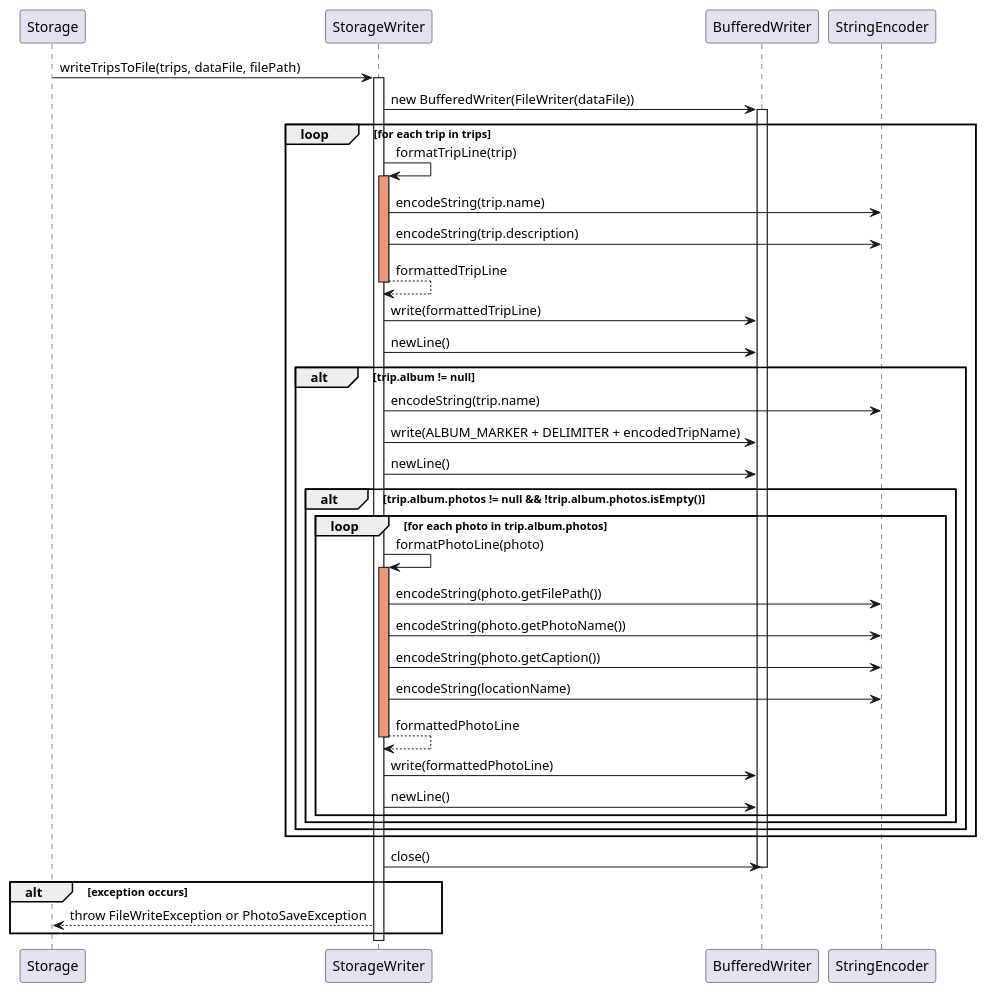
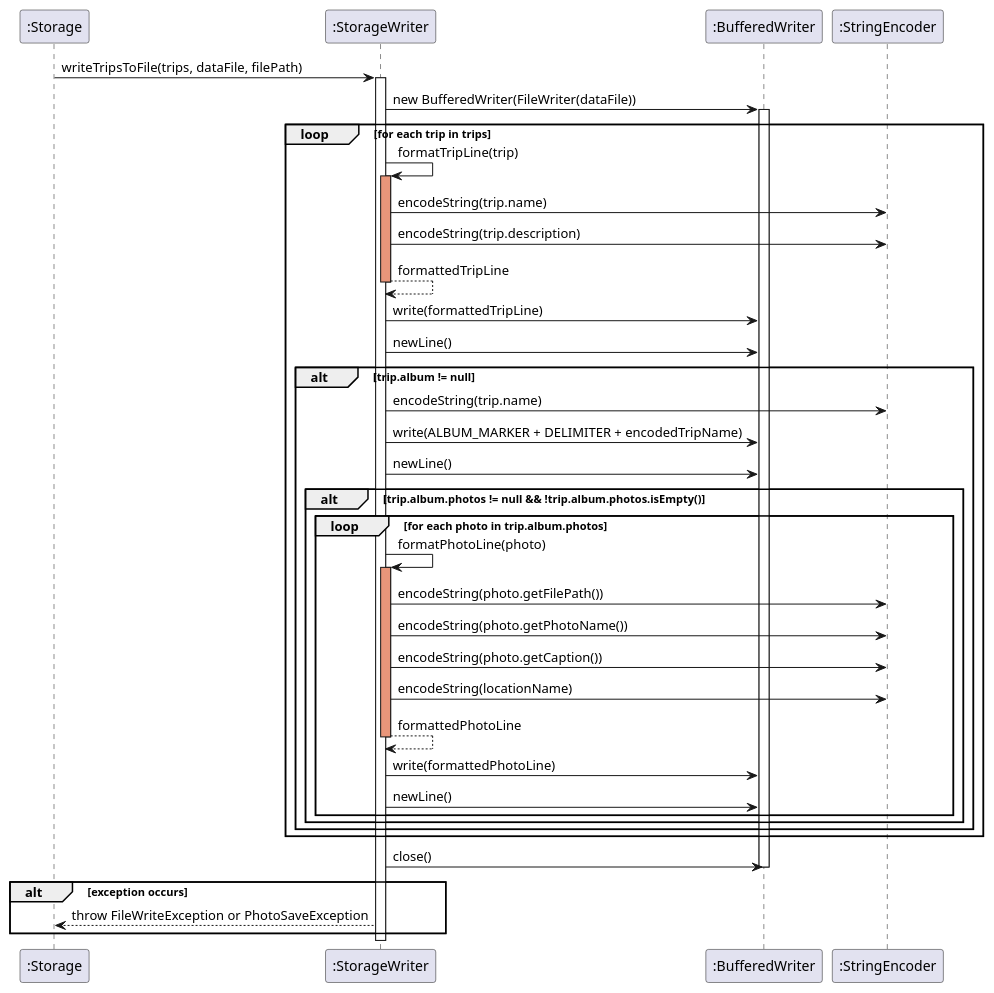
The diagram in docs/puml_files/StorageWriter.puml (ojassurana/tp), drawn with PlantUML before and after one commit. The commit also changed 2 other files, not shown here.

Commit message:
Add colon to sequence diagram

```diff
--- a/docs/puml_files/StorageWriter.puml
+++ b/docs/puml_files/StorageWriter.puml
@@ -1,59 +1,59 @@
 @startuml
-participant Storage
-participant StorageWriter
-participant BufferedWriter
-participant StringEncoder
+participant ":Storage" as Storage
+participant ":StorageWriter" as StorageWriter
+participant ":BufferedWriter" as BufferedWriter
+participant ":StringEncoder" as StringEncoder
 
 Storage -> StorageWriter : writeTripsToFile(trips, dataFile, filePath)
 activate StorageWriter
 
 StorageWriter -> BufferedWriter : new BufferedWriter(FileWriter(dataFile))
 activate BufferedWriter
 
 loop for each trip in trips
     StorageWriter -> StorageWriter : formatTripLine(trip)
     activate StorageWriter #DarkSalmon
 
     StorageWriter -> StringEncoder : encodeString(trip.name)
     StorageWriter -> StringEncoder : encodeString(trip.description)
 
     StorageWriter --> StorageWriter : formattedTripLine
     deactivate StorageWriter
 
     StorageWriter -> BufferedWriter : write(formattedTripLine)
     StorageWriter -> BufferedWriter : newLine()
 
     alt trip.album != null
         StorageWriter -> StringEncoder : encodeString(trip.name)
         StorageWriter -> BufferedWriter : write(ALBUM_MARKER + DELIMITER + encodedTripName)
         StorageWriter -> BufferedWriter : newLine()
 
         alt trip.album.photos != null && !trip.album.photos.isEmpty()
             loop for each photo in trip.album.photos
                 StorageWriter -> StorageWriter : formatPhotoLine(photo)
                 activate StorageWriter #DarkSalmon
 
                 StorageWriter -> StringEncoder : encodeString(photo.getFilePath())
                 StorageWriter -> StringEncoder : encodeString(photo.getPhotoName())
                 StorageWriter -> StringEncoder : encodeString(photo.getCaption())
                 StorageWriter -> StringEncoder : encodeString(locationName)
 
                 StorageWriter --> StorageWriter : formattedPhotoLine
                 deactivate StorageWriter
 
                 StorageWriter -> BufferedWriter : write(formattedPhotoLine)
                 StorageWriter -> BufferedWriter : newLine()
             end
         end
     end
 end
 
 StorageWriter -> BufferedWriter : close()
 deactivate BufferedWriter
 
 alt exception occurs
     StorageWriter --> Storage : throw FileWriteException or PhotoSaveException
 end
 
 deactivate StorageWriter
 @enduml
```
